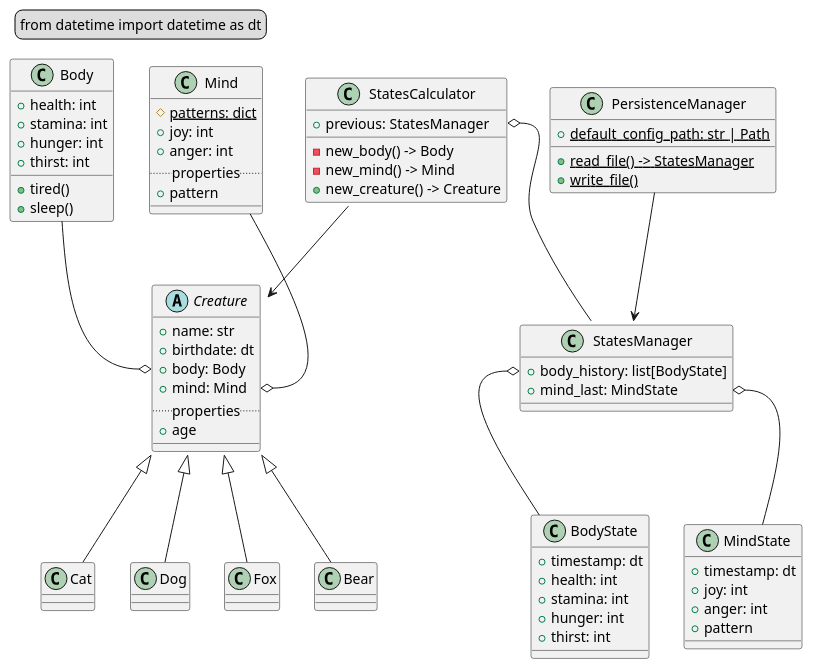
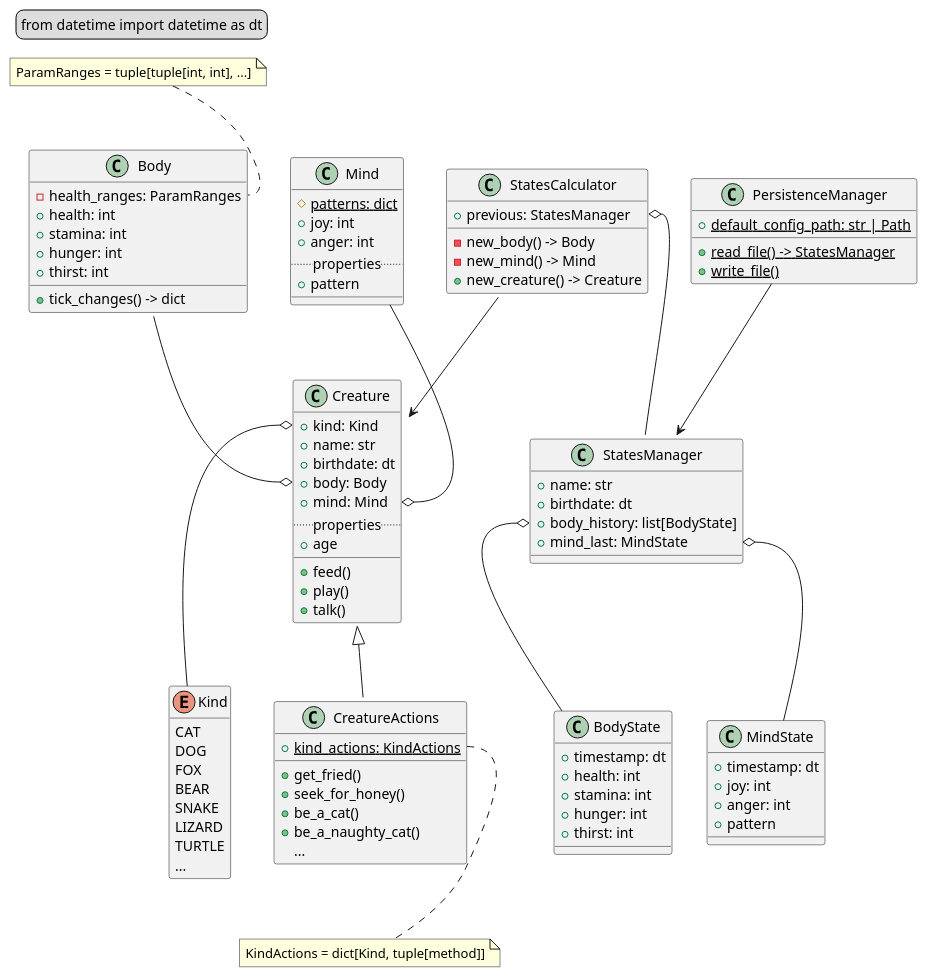
One commit to TOP-Python221/Kozyrev_project2 changed the diagram in model.puml. Above: the diagram before and after it, drawn with PlantUML. The commit also changed 1 other file, not shown here.

```diff
--- a/model.puml
+++ b/model.puml
@@ -1,95 +1,134 @@
 @startuml
 
 <style>
     legend {
+        FontName Fira Mono
+    }
+    note {
         FontName Fira Mono
     }
 </style>
 
 
 legend top left
     from datetime import datetime as dt
 end legend
 
 
-abstract class Creature {
+hide enum empty members
+
+enum Kind {
+    CAT
+    DOG
+    FOX
+    BEAR
+    SNAKE
+    LIZARD
+    TURTLE
+    ...
+}
+
+
+class Creature {
+    +kind: Kind
     +name: str
     +birthdate: dt
     +body: Body
     +mind: Mind
     ..properties..
     +age
     __
+    +feed()
+    +play()
+    +talk()
 }
-Creature <|-- Cat
-Creature <|-- Dog
-Creature <|-- Fox
-Creature <|-- Bear
+Creature <|-- CreatureActions
+Creature::kind o-- Kind
+
+
+class CreatureActions {
+    +{static}kind_actions: KindActions
+    +get_fried()
+    +seek_for_honey()
+    +be_a_cat()
+    +be_a_naughty_cat()
+    {method}...
+}
+note as annotation
+    KindActions = dict[Kind, tuple[method]]
+end note
+CreatureActions::kind_actions .. annotation
 
 
 class StatesCalculator {
     +previous: StatesManager
     -new_body() -> Body
     -new_mind() -> Mind
     +new_creature() -> Creature
 }
 StatesCalculator::previous o-- StatesManager
 StatesCalculator --> Creature
 
 
 class Body {
+    -health_ranges: ParamRanges
     +health: int
     +stamina: int
     +hunger: int
     +thirst: int
-    +tired()
-    +sleep()
+    +tick_changes() -> dict
 }
 Body --o Creature::body
+note as annotation2
+    ParamRanges = tuple[tuple[int, int], ...]
+end note
+annotation2 .. Body::health_ranges
 
 
 class Mind {
     #{static}patterns: dict
     +joy: int
     +anger: int
     ..properties..
     +pattern
     __
 }
 Mind --o Creature::mind
 
 
 class BodyState {
     +timestamp: dt
     +health: int
     +stamina: int
     +hunger: int
     +thirst: int
 }
 
 
 class MindState {
     +timestamp: dt
     +joy: int
     +anger: int
     +pattern
 }
 
 
 class StatesManager {
+    +name: str
+    +birthdate: dt
     +body_history: list[BodyState]
     +mind_last: MindState
 }
 
 
 class PersistenceManager {
     +{static}default_config_path: str | Path
     +{static}read_file() -> StatesManager
     +{static}write_file()
 }
 PersistenceManager --> StatesManager
 StatesManager::body_history o-- BodyState
 StatesManager::mind_last o-- MindState
 
 
 @enduml
```
